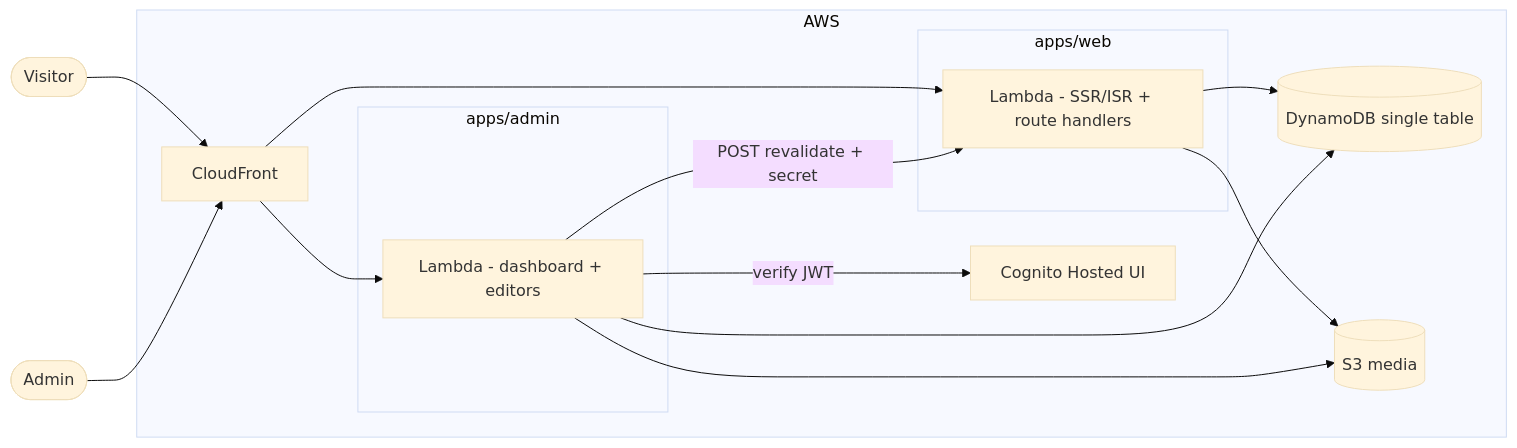
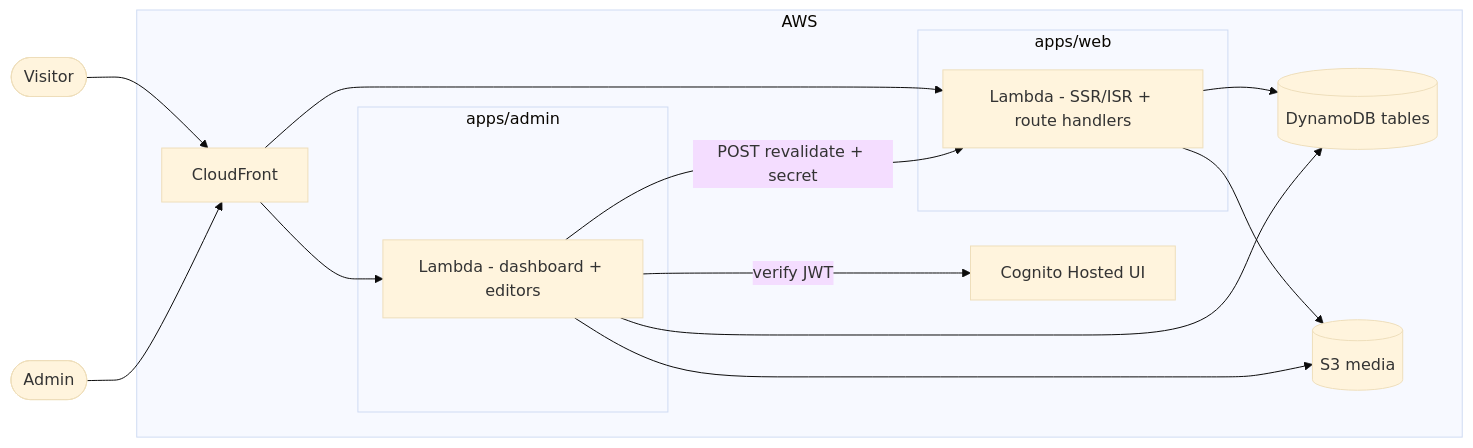
The diagram in README.md (KhubaibQaiser/portfolio-v2), drawn with Mermaid (base theme) before and after one commit. The commit also changed other lines of this file and 39 other files, not shown here.

````diff
--- a/README.md
+++ b/README.md
@@ -39,26 +39,26 @@
 ```mermaid
 flowchart LR
   user([Visitor])
   admin_user([Admin])
 
   subgraph aws [AWS]
     cf[CloudFront]
     subgraph web [apps/web]
       webfn[Lambda - SSR/ISR + route handlers]
     end
     subgraph adm [apps/admin]
       admfn[Lambda - dashboard + editors]
     end
-    ddb[(DynamoDB single table)]
+    ddb[(DynamoDB tables)]
     s3[(S3 media)]
     cognito[Cognito Hosted UI]
   end
 
   user --> cf --> webfn --> ddb
   webfn --> s3
   admin_user --> cf --> admfn
   admfn -->|verify JWT| cognito
   admfn --> ddb
   admfn --> s3
   admfn -->|POST revalidate + secret| webfn
 ```
````
